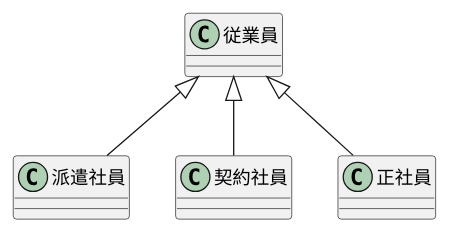
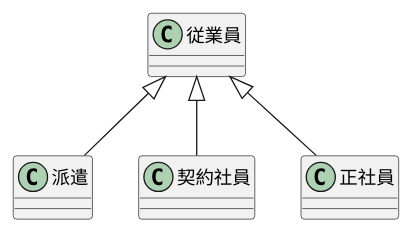
One commit to tyson0723/uml-introduction changed the diagram in 演習3-1_CL_雇用形態.pu. Above: the diagram before and after it, drawn with PlantUML. The commit also changed 31 other files, not shown here.

```diff
--- a/演習3-1_CL_雇用形態.pu
+++ b/演習3-1_CL_雇用形態.pu
@@ -1,9 +1,17 @@
 @startuml
-class 従業員 {}
-class 派遣社員 {}
-class 契約社員 {}
-class 正社員 {}
-派遣社員  -up-|> 従業員
-契約社員 -up-|> 従業員
-正社員 -up-|> 従業員
+class 従業員{
+
+}
+class 派遣{
+
+}
+class 契約社員{
+
+}
+class 正社員 {
+
+}
+従業員 <|-- 派遣
+従業員 <|-- 契約社員
+従業員 <|-- 正社員
 @enduml
```
